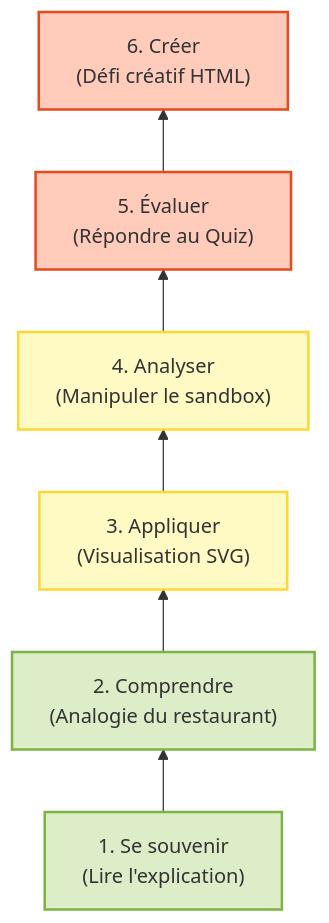
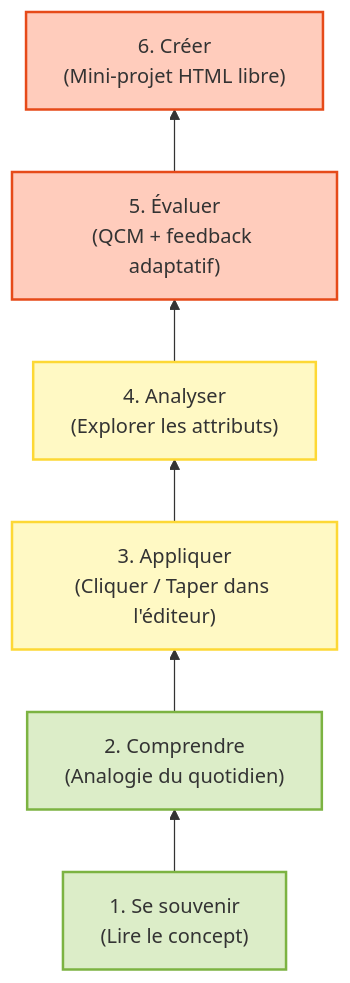
Before and after one commit to liodavinci20-commits/chatbot_sur_la_creativite: the first of 6 diagrams in design_pedagogique.md, drawn with Mermaid. The commit also changed other lines of this file and 17 other files, not shown here.

````diff
--- a/design_pedagogique.md
+++ b/design_pedagogique.md
@@ -33,16 +34,16 @@
 ```mermaid
 graph BT
     classDef low fill:#dcedc8,stroke:#7cb342,stroke-width:2px;
     classDef mid fill:#fff9c4,stroke:#fdd835,stroke-width:2px;
     classDef high fill:#ffccbc,stroke:#e64a19,stroke-width:2px;
 
-    N1["1. Se souvenir<br/>(Lire l'explication)"] --> N2["2. Comprendre<br/>(Analogie du restaurant)"]
-    N2 --> N3["3. Appliquer<br/>(Visualisation SVG)"]
-    N3 --> N4["4. Analyser<br/>(Manipuler le sandbox)"]
-    N4 --> N5["5. Évaluer<br/>(Répondre au Quiz)"]
-    N5 --> N6["6. Créer<br/>(Défi créatif HTML)"]
+    N1["1. Se souvenir<br/>(Lire le concept)"] --> N2["2. Comprendre<br/>(Analogie du quotidien)"]
+    N2 --> N3["3. Appliquer<br/>(Cliquer / Taper dans l'éditeur)"]
+    N3 --> N4["4. Analyser<br/>(Explorer les attributs)"]
+    N4 --> N5["5. Évaluer<br/>(QCM + feedback adaptatif)"]
+    N5 --> N6["6. Créer<br/>(Mini-projet HTML libre)"]
 
     class N1,N2 low;
     class N3,N4 mid;
     class N5,N6 high;
 ```
````
